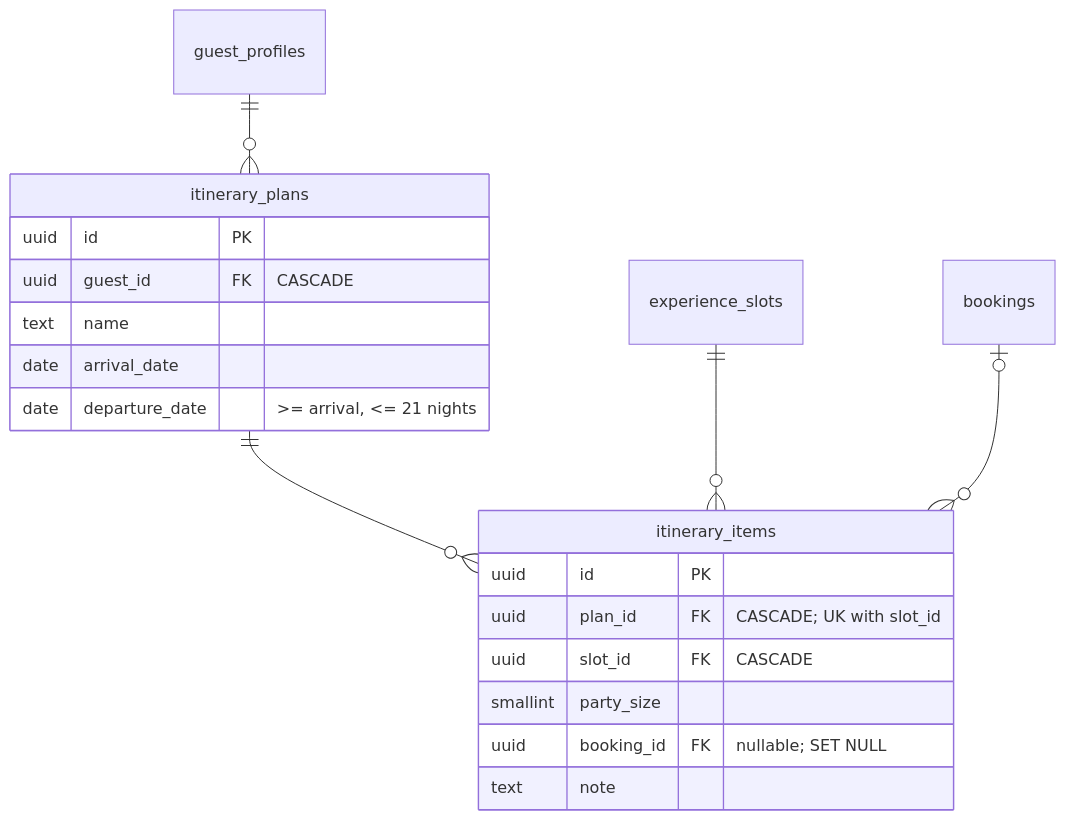
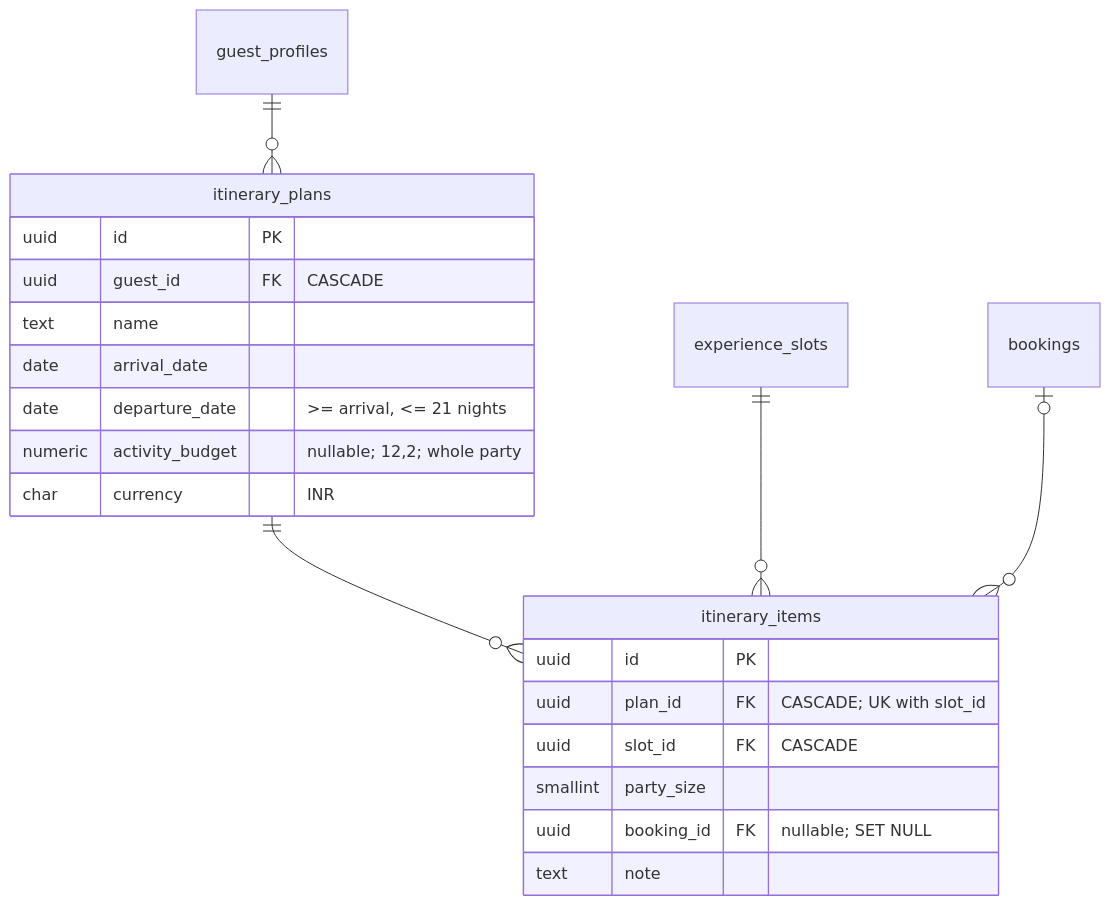
One commit to devi-1389/DBMS-Project changed the sixth of 7 diagrams in docs/ERD.md. Above: the diagram before and after it, drawn with Mermaid. The commit also changed other lines of this file and 66 other files, not shown here.

````diff
--- a/docs/ERD.md
+++ b/docs/ERD.md
@@ -301,22 +311,24 @@
 ```mermaid
 erDiagram
     itinerary_plans {
         uuid id PK
         uuid guest_id FK "CASCADE"
         text name
         date arrival_date
         date departure_date ">= arrival, <= 21 nights"
+        numeric activity_budget "nullable; 12,2; whole party"
+        char currency "INR"
     }
     itinerary_items {
         uuid id PK
         uuid plan_id FK "CASCADE; UK with slot_id"
         uuid slot_id FK "CASCADE"
         smallint party_size
         uuid booking_id FK "nullable; SET NULL"
         text note
     }
     guest_profiles ||--o{ itinerary_plans : ""
     itinerary_plans ||--o{ itinerary_items : ""
     experience_slots ||--o{ itinerary_items : ""
     bookings |o--o{ itinerary_items : ""
 ```
````
